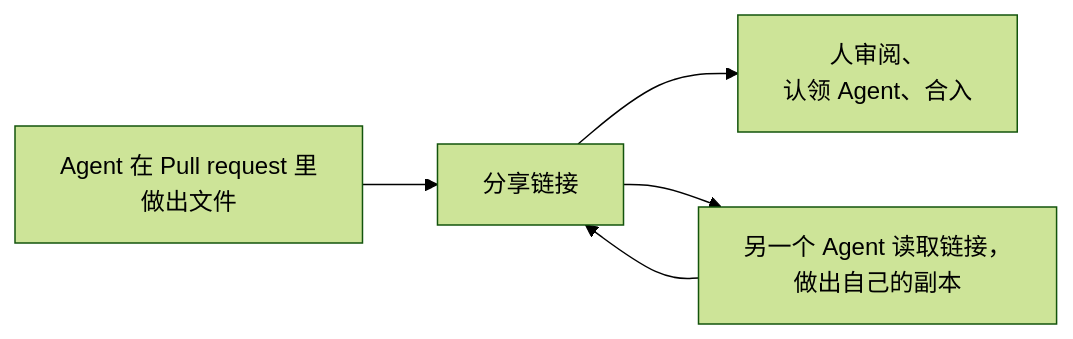
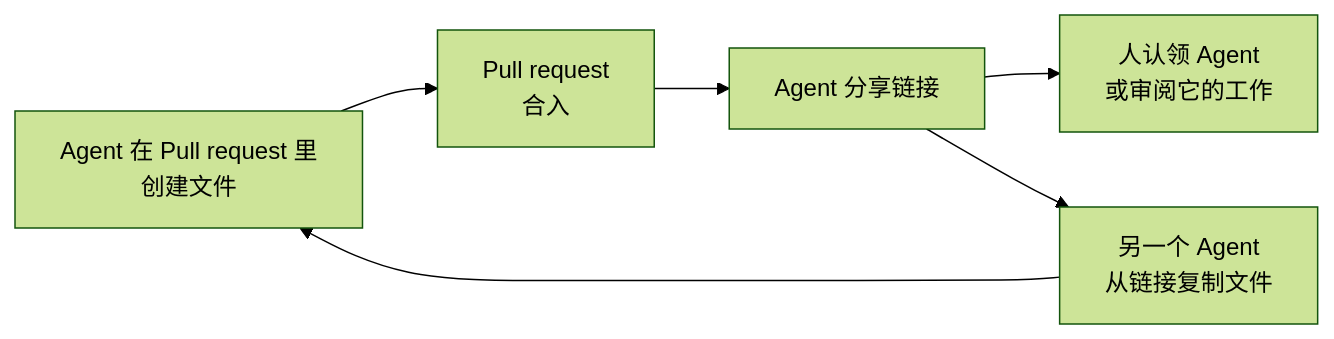
One commit to dream-num/univer-workspace changed the diagram in docs/agent-handoff-showcase.zh-CN.md. Above: the diagram before and after it, drawn with Mermaid (forest theme). The commit also changed other lines of this file and 7 other files, not shown here.

First line of the commit message:
docs: make the agent handoff showcase exact about sharing and merging

````diff
--- a/docs/agent-handoff-showcase.zh-CN.md
+++ b/docs/agent-handoff-showcase.zh-CN.md
@@ -7,7 +7,8 @@
 ```mermaid
 flowchart LR
-    Make["Agent 在 Pull request 里<br/>做出文件"] --> Link["分享链接"]
-    Link --> Person["人审阅、<br/>认领 Agent、合入"]
-    Link --> Next["另一个 Agent 读取链接，<br/>做出自己的副本"]
-    Next --> Link
+    Make["Agent 在 Pull request 里<br/>创建文件"] --> Merge["Pull request<br/>合入"]
+    Merge --> Link["Agent 分享链接"]
+    Link --> Person["人认领 Agent<br/>或审阅它的工作"]
+    Link --> Next["另一个 Agent<br/>从链接复制文件"]
+    Next --> Make
 ```
````
